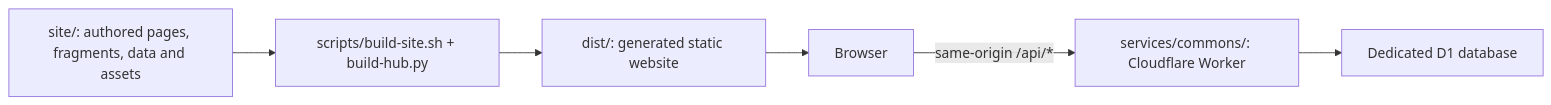
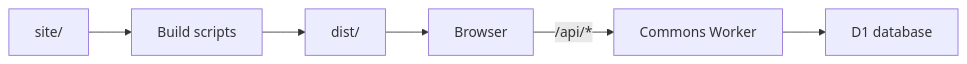
One commit to oss-singularity/website changed the diagram in docs/README.md. Above: the diagram before and after it, drawn with Mermaid. The commit also changed other lines of this file, not shown here.

Commit message:
Keep the documentation architecture diagram readable at page width
Use short node labels and retain precise source paths in the accompanying
text after checking GitHub's rendered Markdown preview.

````diff
--- a/docs/README.md
+++ b/docs/README.md
@@ -29,8 +29,8 @@
 ```mermaid
 flowchart LR
-    source["site/: authored pages, fragments, data and assets"] --> build["scripts/build-site.sh + build-hub.py"]
-    build --> dist["dist/: generated static website"]
+    source["site/"] --> build["Build scripts"]
+    build --> dist["dist/"]
     dist --> browser["Browser"]
-    browser -->|"same-origin /api/*"| worker["services/commons/: Cloudflare Worker"]
-    worker --> database["Dedicated D1 database"]
+    browser -->|"/api/*"| worker["Commons Worker"]
+    worker --> database["D1 database"]
 ```
````
